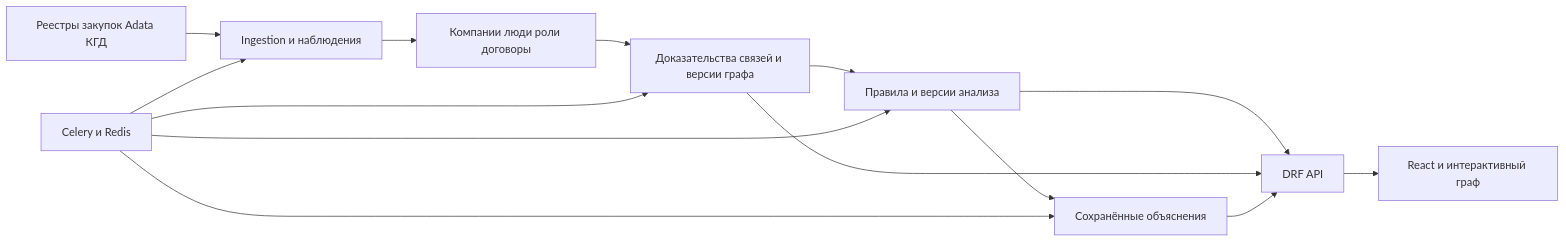
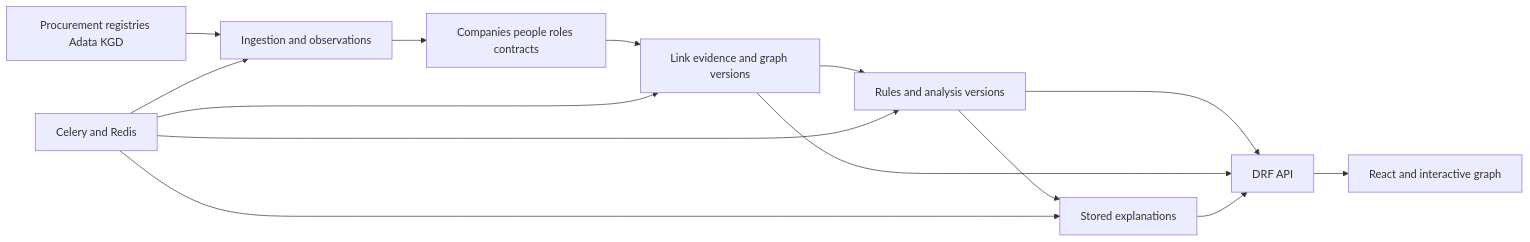
One commit to XEQU4/GraphZakup changed the diagram in docs/ARCHITECTURE.md. Above: the diagram before and after it, drawn with Mermaid. The commit also changed other lines of this file and 49 other files, not shown here.

````diff
--- a/docs/ARCHITECTURE.md
+++ b/docs/ARCHITECTURE.md
@@ -48,16 +48,16 @@
 ```mermaid
 flowchart LR
-    S[Реестры закупок Adata КГД] --> I[Ingestion и наблюдения]
-    I --> E[Компании люди роли договоры]
-    E --> G[Доказательства связей и версии графа]
-    G --> A[Правила и версии анализа]
-    A --> X[Сохранённые объяснения]
+    S[Procurement registries Adata KGD] --> I[Ingestion and observations]
+    I --> E[Companies people roles contracts]
+    E --> G[Link evidence and graph versions]
+    G --> A[Rules and analysis versions]
+    A --> X[Stored explanations]
     A --> API[DRF API]
     G --> API
     X --> API
-    API --> UI[React и интерактивный граф]
-    Q[Celery и Redis] --> I
+    API --> UI[React and interactive graph]
+    Q[Celery and Redis] --> I
     Q --> G
     Q --> A
     Q --> X
 ```
````
